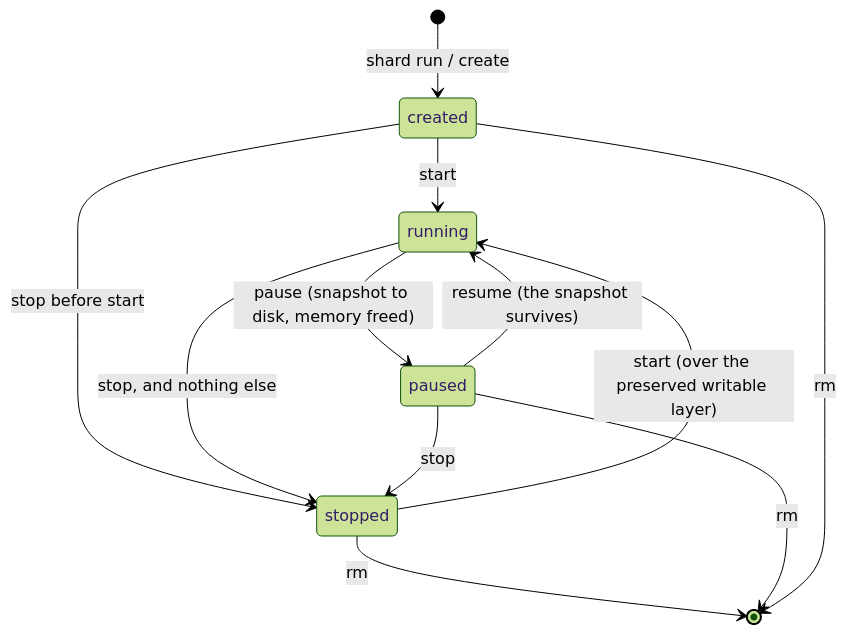
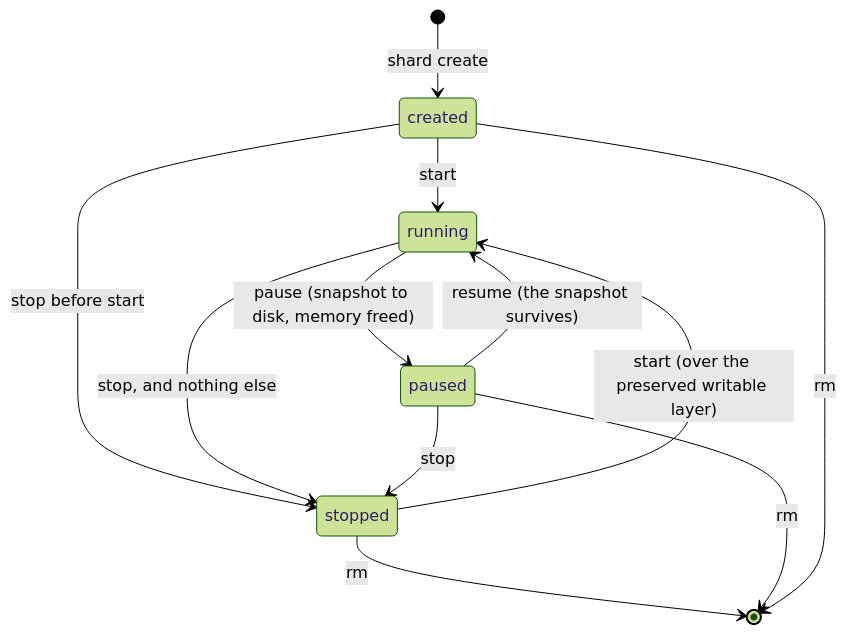
The diagram in docs/state-machine.md (presmihaylov/shard), drawn with Mermaid (forest theme) before and after one commit. The commit also changed 6 other files, not shown here.

````diff
--- a/docs/state-machine.md
+++ b/docs/state-machine.md
@@ -5,14 +5,14 @@
 ```mermaid
 stateDiagram-v2
-    [*] --> created: shard run / create
+    [*] --> created: shard create
     created --> running: start
     created --> stopped: stop before start
     running --> paused: pause (snapshot to disk, memory freed)
     running --> stopped: stop, and nothing else
     paused --> running: resume (the snapshot survives)
     paused --> stopped: stop
     stopped --> running: start (over the preserved writable layer)
     stopped --> [*]: rm
     paused --> [*]: rm
     created --> [*]: rm
 ```
````
